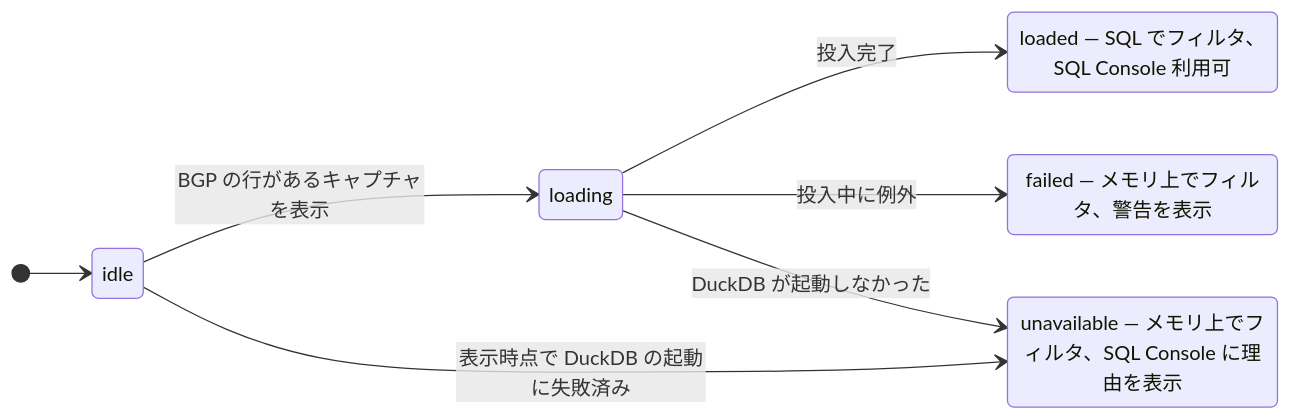
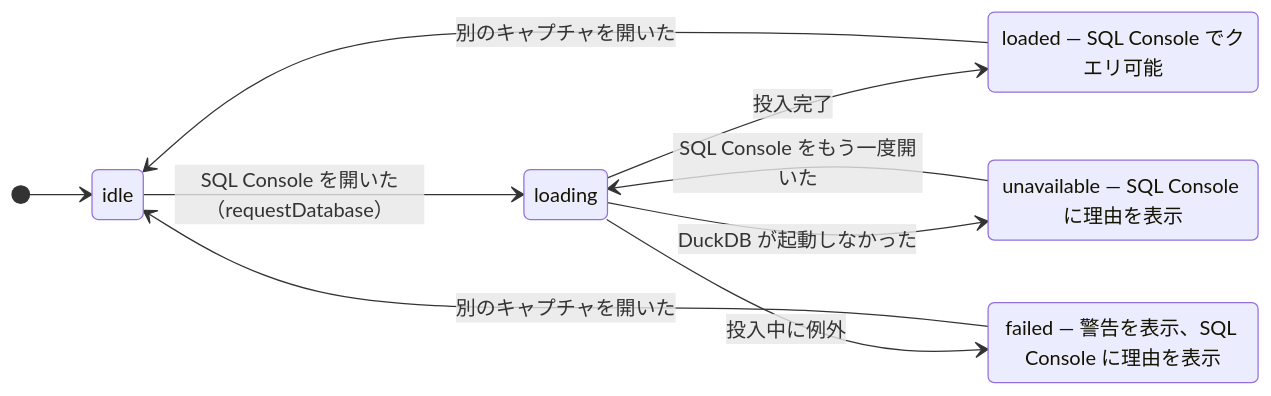
Before and after one commit to shmuto/bgpshark: the sixth of 13 diagrams in docs/architecture.ja.md, drawn with Mermaid. The commit also changed other lines of this file and 12 other files, not shown here.

````diff
--- a/docs/architecture.ja.md
+++ b/docs/architecture.ja.md
@@ -238,16 +239,18 @@
 ```mermaid
 stateDiagram-v2
     direction LR
     [*] --> db_idle
-    db_idle --> db_loading: BGP の行があるキャプチャを表示
+    db_idle --> db_loading: SQL Console を開いた（requestDatabase）
     db_loading --> loaded: 投入完了
     db_loading --> failed: 投入中に例外
     db_loading --> unavailable: DuckDB が起動しなかった
-    db_idle --> unavailable: 表示時点で DuckDB の起動に失敗済み
+    unavailable --> db_loading: SQL Console をもう一度開いた
+    loaded --> db_idle: 別のキャプチャを開いた
+    failed --> db_idle: 別のキャプチャを開いた
 
-    loaded: loaded — SQL でフィルタ、SQL Console 利用可
-    failed: failed — メモリ上でフィルタ、警告を表示
-    unavailable: unavailable — メモリ上でフィルタ、SQL Console に理由を表示
+    loaded: loaded — SQL Console でクエリ可能
+    failed: failed — 警告を表示、SQL Console に理由を表示
+    unavailable: unavailable — SQL Console に理由を表示
     db_idle: idle
     db_loading: loading
 ```
````
